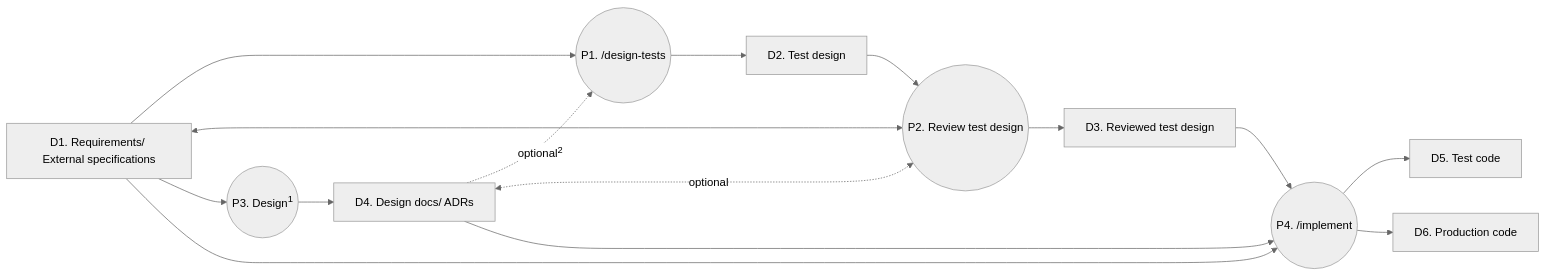
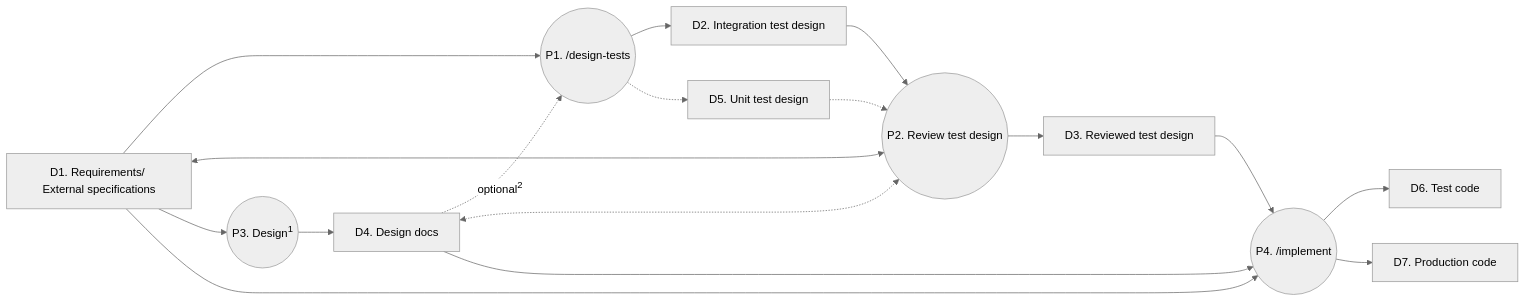
The diagram in README.md (nowsprinting/unity-coding-skills), drawn with Mermaid (neutral theme) before and after one commit.

Commit message:
Show unit test design as an optional output of design-tests in the PFD
/design-tests designs unit tests when given design docs, but the PFD
showed only one test design, hiding that the unit test design is an
optional extra for the reviewer. ADRs drop out of D4 because they
arise from a separate entry point, and the redundant "optional" labels
drop out because the dashed lines already convey it.

````diff
--- a/README.md
+++ b/README.md
@@ -37,27 +37,30 @@
 ```mermaid
 flowchart LR
     D1["D1. Requirements/ External specifications"]
-    D2["D2. Test design"]
+    D2["D2. Integration test design"]
     D3["D3. Reviewed test design"]
-    D4["D4. Design docs/ ADRs"]
-    D5["D5. Test code"]
-    D6["D6. Production code"]
+    D4["D4. Design docs"]
+    D5["D5. Unit test design"]
+    D6["D6. Test code"]
+    D7["D7. Production code"]
     P1(("P1. /design-tests"))
     P2(("P2. Review test design"))
     P3(("P3. Design<sup>1</sup>"))
     P4(("P4. /implement"))
     D1 --> P1
     D4 -. "optional<sup>2</sup>" .-> P1
     P1 --> D2
     D2 --> P2
+    P1 -.-> D5
+    D5 -.-> P2
     D1 <--> P2
-    D4 <-. optional .-> P2
+    D4 <-.-> P2
     P2 --> D3
     D3 --> P4
     D1 --> P3
     D1 --> P4
     P3 --> D4
     D4 --> P4
-    P4 --> D5
     P4 --> D6
+    P4 --> D7
 ```
````
